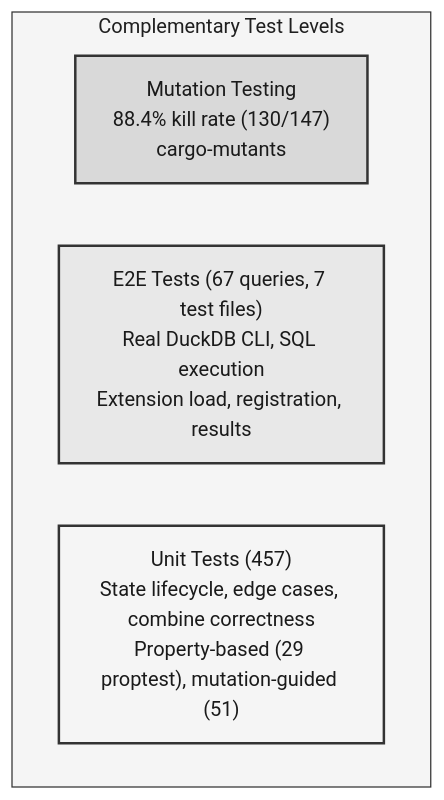
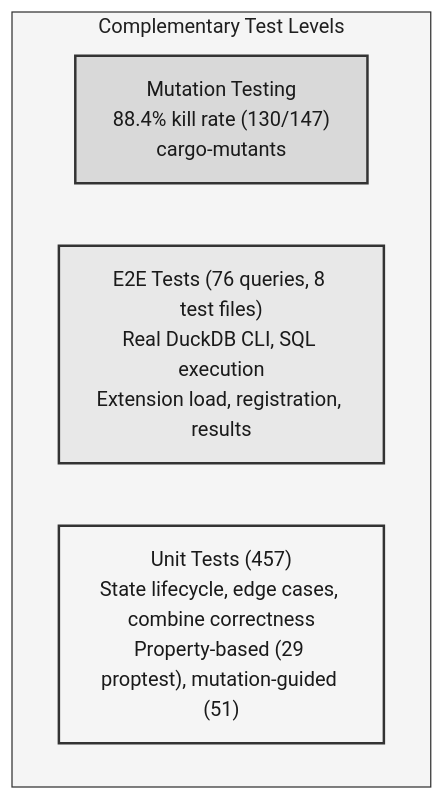
The second of 4 diagrams in docs/src/engineering.md (tomtom215/duckdb-behavioral), drawn with Mermaid before and after one commit. The commit also changed other lines of this file and 2 other files, not shown here.

````diff
--- a/docs/src/engineering.md
+++ b/docs/src/engineering.md
@@ -148,13 +148,13 @@
 ```mermaid
 %%{init: {'theme': 'base', 'themeVariables': {'primaryColor': '#ffffff', 'primaryTextColor': '#1a1a1a', 'primaryBorderColor': '#333333', 'lineColor': '#333333', 'secondaryColor': '#f5f5f5', 'tertiaryColor': '#e0e0e0', 'textColor': '#1a1a1a', 'clusterBkg': '#f5f5f5', 'clusterBorder': '#333333'}}}%%
 graph TB
     subgraph "Complementary Test Levels"
         L3["Mutation Testing<br/>88.4% kill rate (130/147)<br/>cargo-mutants"]
-        L2["E2E Tests (67 queries, 7 test files)<br/>Real DuckDB CLI, SQL execution<br/>Extension load, registration, results"]
+        L2["E2E Tests (76 queries, 8 test files)<br/>Real DuckDB CLI, SQL execution<br/>Extension load, registration, results"]
         L1["Unit Tests (457)<br/>State lifecycle, edge cases, combine correctness<br/>Property-based (29 proptest), mutation-guided (51)"]
     end
 
     style L1 fill:#f5f5f5,stroke:#333333,stroke-width:2px,color:#1a1a1a
     style L2 fill:#e8e8e8,stroke:#333333,stroke-width:2px,color:#1a1a1a
     style L3 fill:#d9d9d9,stroke:#333333,stroke-width:2px,color:#1a1a1a
 ```
````
